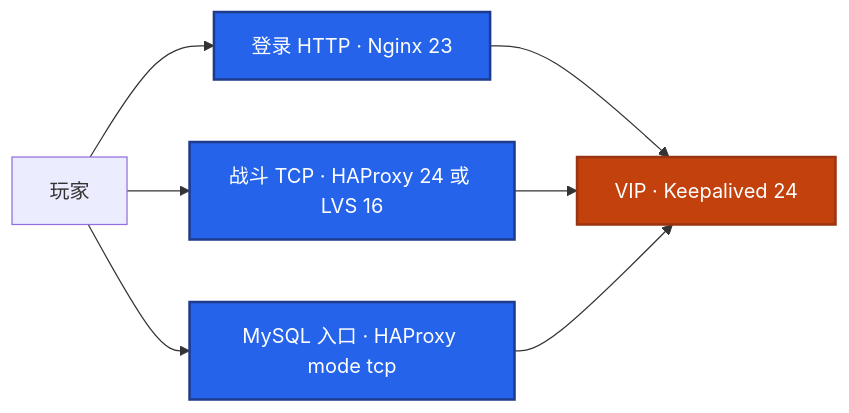
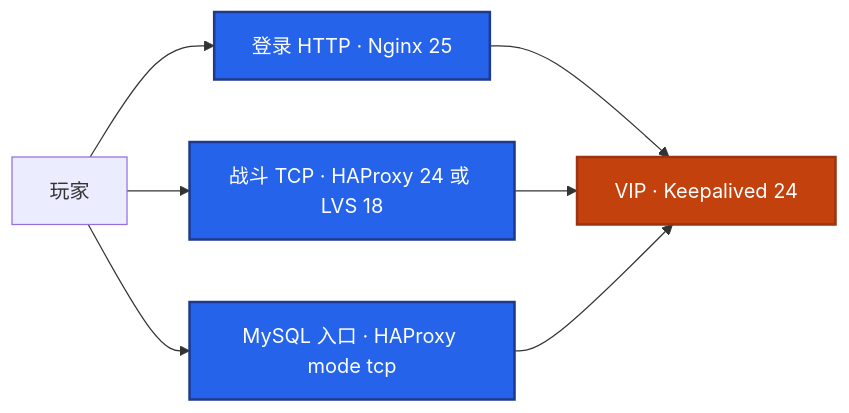
One commit to ml-cuizijun/LearnToLilith changed the second of 4 diagrams in 01-基础底座/20-HAProxy与Keepalived/知识点.md. Above: the diagram before and after it, drawn with Mermaid. The commit also changed other lines of this file and 56 other files, not shown here.

````diff
--- a/01-基础底座/20-HAProxy与Keepalived/知识点.md
+++ b/01-基础底座/20-HAProxy与Keepalived/知识点.md
@@ -187,14 +187,14 @@
 ```mermaid
 flowchart LR
-    p[玩家] --> http[登录 HTTP · Nginx 23]
-    p --> fight[战斗 TCP · HAProxy 24 或 LVS 16]
+    p[玩家] --> http[登录 HTTP · Nginx 25]
+    p --> fight[战斗 TCP · HAProxy 24 或 LVS 18]
     p --> db[MySQL 入口 · HAProxy mode tcp]
     http --> vip[VIP · Keepalived 24]
     fight --> vip
     db --> vip
 
     classDef a fill:#2563EB,stroke:#1E3A8A,stroke-width:2px,color:#fff
     classDef b fill:#C2410C,stroke:#9A3412,stroke-width:2px,color:#fff
     class http,fight,db a
     class vip b
 ```
````
